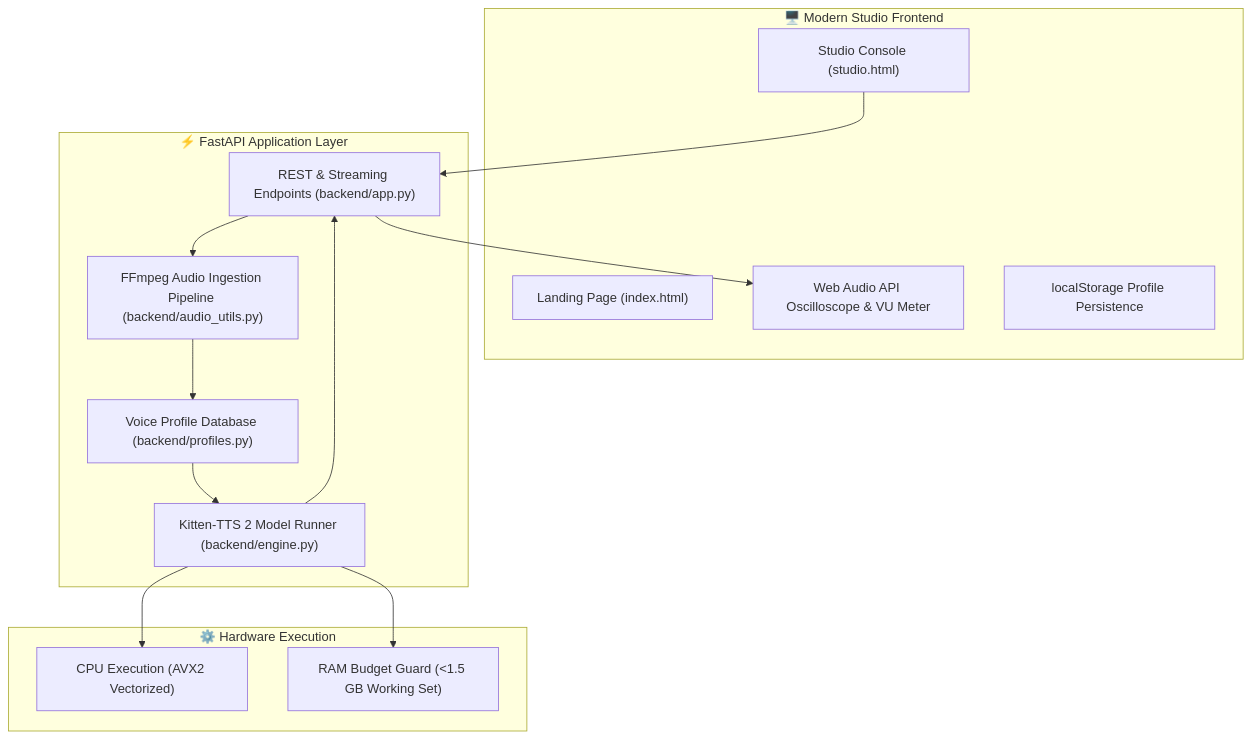
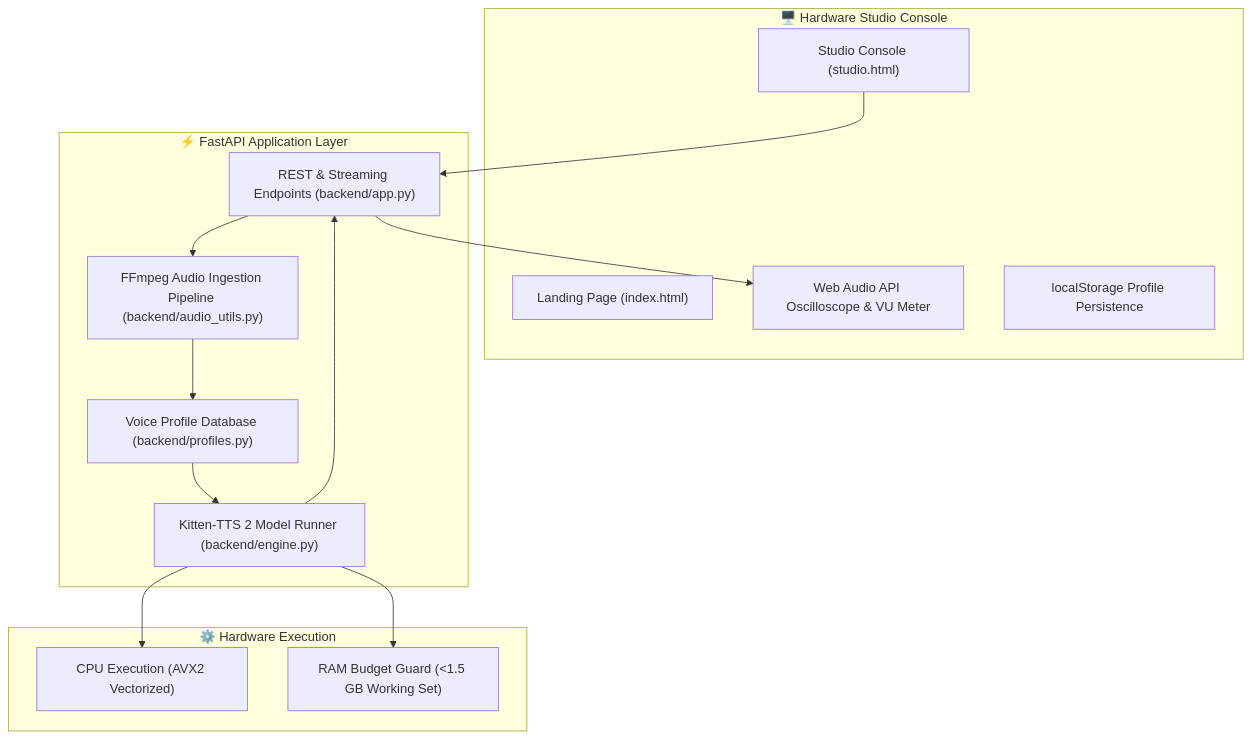
Before and after one commit to SahooShuvranshu/KittenTTS-Studio: the diagram in README.md, drawn with Mermaid. The commit also changed other lines of this file and 13 other files, not shown here.

````diff
--- a/README.md
+++ b/README.md
@@ -71,30 +73,30 @@
 ```mermaid
 flowchart TD
-    subgraph Frontend["🖥️ Modern Studio Frontend"]
+    subgraph Frontend["🖥️ Hardware Studio Console"]
         Landing["Landing Page (index.html)"]
         Studio["Studio Console (studio.html)"]
         Oscilloscope["Web Audio API Oscilloscope & VU Meter"]
         ProfileMemory["localStorage Profile Persistence"]
     end
 
     subgraph Backend["⚡ FastAPI Application Layer"]
         Router["REST & Streaming Endpoints (backend/app.py)"]
         AudioPipeline["FFmpeg Audio Ingestion Pipeline (backend/audio_utils.py)"]
         ProfileStore["Voice Profile Database (backend/profiles.py)"]
         KittenEngine["Kitten-TTS 2 Model Runner (backend/engine.py)"]
     end
 
     subgraph Hardware["⚙️ Hardware Execution"]
         CPU["CPU Execution (AVX2 Vectorized)"]
         RAM["RAM Budget Guard (<1.5 GB Working Set)"]
     end
 
     Studio --> Router
     Router --> AudioPipeline
     AudioPipeline --> ProfileStore
     ProfileStore --> KittenEngine
     KittenEngine --> CPU
     KittenEngine --> RAM
     KittenEngine --> Router
     Router --> Oscilloscope
 ```
````
